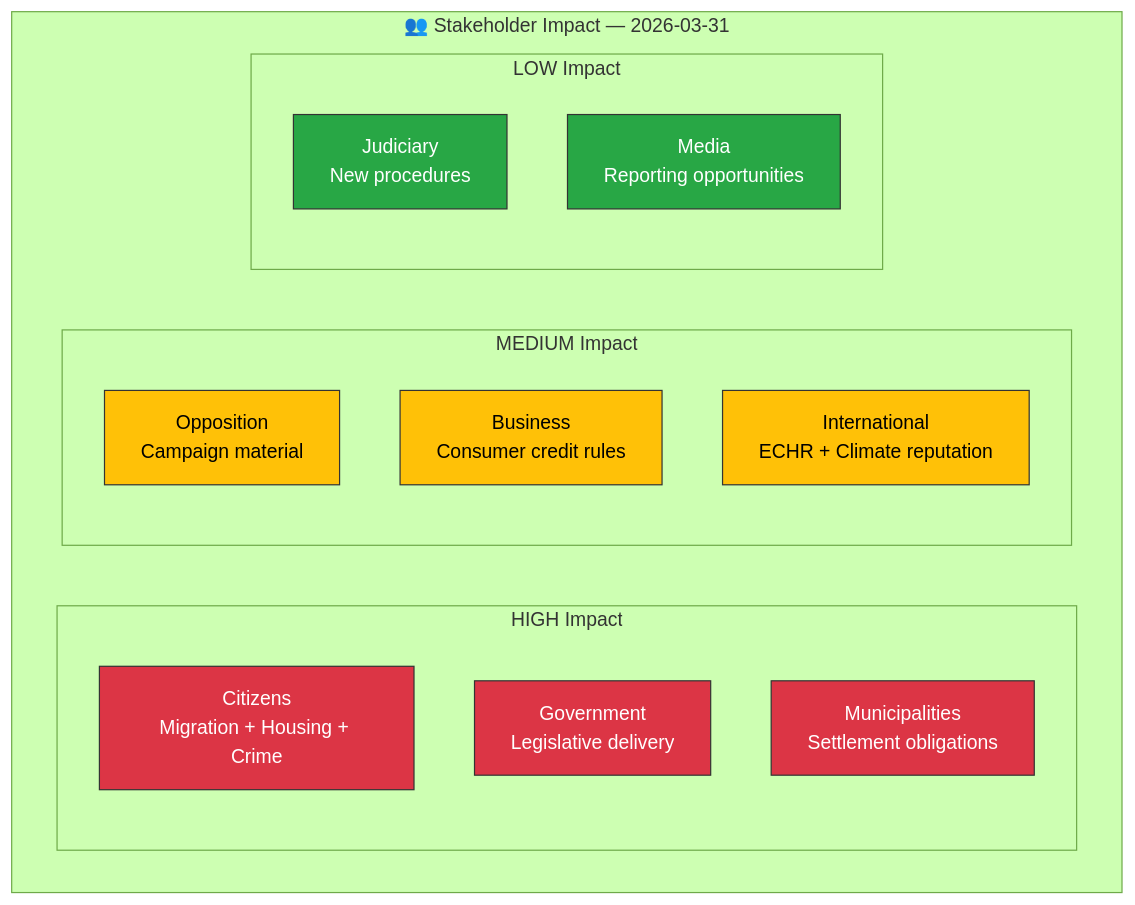
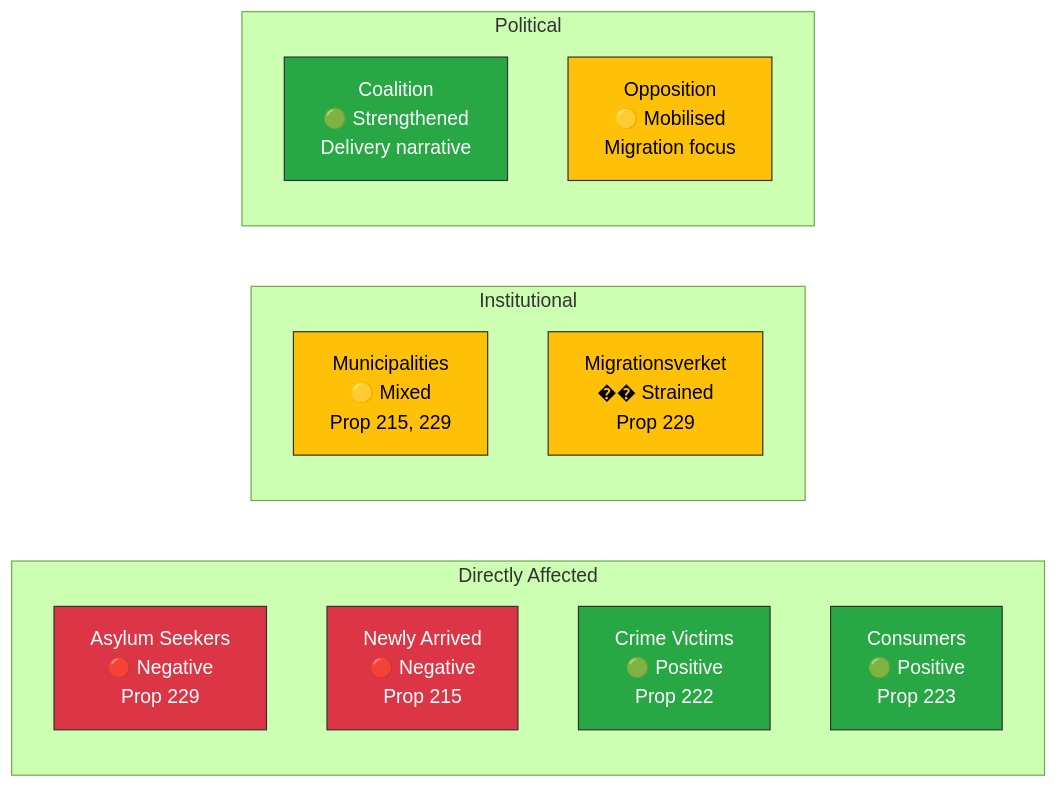
The diagram in analysis/daily/2026-03-31/stakeholder-perspectives.md (Hack23/riksdagsmonitor), drawn with Mermaid (forest theme) before and after one commit. The commit also changed other lines of this file and 16 other files, not shown here.

````diff
--- a/analysis/daily/2026-03-31/stakeholder-perspectives.md
+++ b/analysis/daily/2026-03-31/stakeholder-perspectives.md
@@ -17,28 +18,25 @@
 ```mermaid
-graph TD
-    subgraph "👥 Stakeholder Impact — 2026-03-31"
-        subgraph "HIGH Impact"
-            S1["Citizens<br/>Migration + Housing + Crime"]
-            S2["Government<br/>Legislative delivery"]
-            S3["Municipalities<br/>Settlement obligations"]
-        end
-        subgraph "MEDIUM Impact"
-            S4["Opposition<br/>Campaign material"]
-            S5["Business<br/>Consumer credit rules"]
-            S6["International<br/>ECHR + Climate reputation"]
-        end
-        subgraph "LOW Impact"
-            S7["Judiciary<br/>New procedures"]
-            S8["Media<br/>Reporting opportunities"]
-        end
+graph LR
+    subgraph "Directly Affected"
+        AS["Asylum Seekers<br/>🔴 Negative<br/>Prop 229"]
+        NI["Newly Arrived<br/>🔴 Negative<br/>Prop 215"]
+        CV["Crime Victims<br/>🟢 Positive<br/>Prop 222"]
+        CO["Consumers<br/>🟢 Positive<br/>Prop 223"]
     end
-
-    style S1 fill:#dc3545,stroke:#333,color:#fff
-    style S2 fill:#dc3545,stroke:#333,color:#fff
-    style S3 fill:#dc3545,stroke:#333,color:#fff
-    style S4 fill:#ffc107,stroke:#333,color:#000
-    style S5 fill:#ffc107,stroke:#333,color:#000
-    style S6 fill:#ffc107,stroke:#333,color:#000
-    style S7 fill:#28a745,stroke:#333,color:#fff
-    style S8 fill:#28a745,stroke:#333,color:#fff
+    subgraph "Institutional"
+        MU["Municipalities<br/>🟡 Mixed<br/>Prop 215, 229"]
+        MV["Migrationsverket<br/>�� Strained<br/>Prop 229"]
+    end
+    subgraph "Political"
+        GOV["Coalition<br/>🟢 Strengthened<br/>Delivery narrative"]
+        OPP["Opposition<br/>🟡 Mobilised<br/>Migration focus"]
+    end
+    style AS fill:#dc3545,stroke:#333,color:#fff
+    style NI fill:#dc3545,stroke:#333,color:#fff
+    style CV fill:#28a745,stroke:#333,color:#fff
+    style CO fill:#28a745,stroke:#333,color:#fff
+    style MU fill:#ffc107,stroke:#333,color:#000
+    style MV fill:#ffc107,stroke:#333,color:#000
+    style GOV fill:#28a745,stroke:#333,color:#fff
+    style OPP fill:#ffc107,stroke:#333,color:#000
 ```
````
